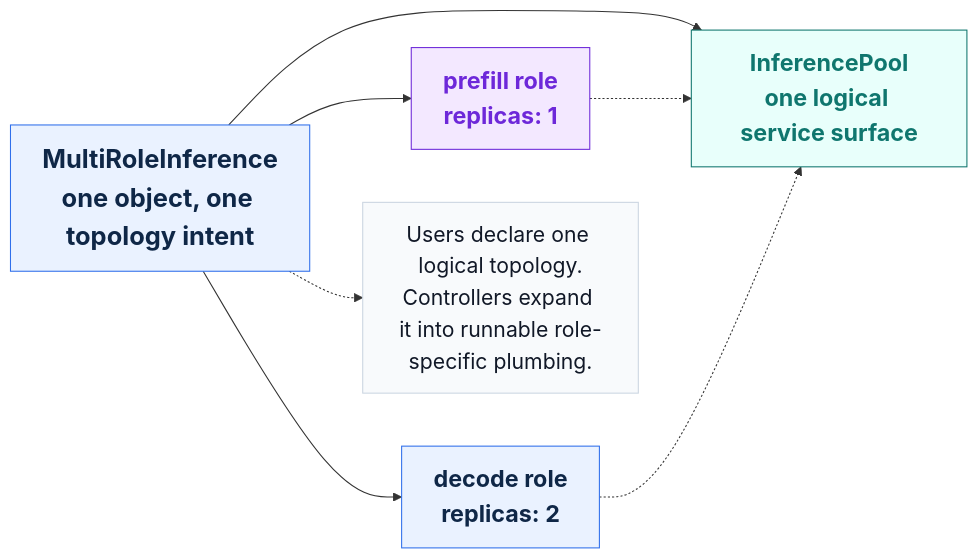
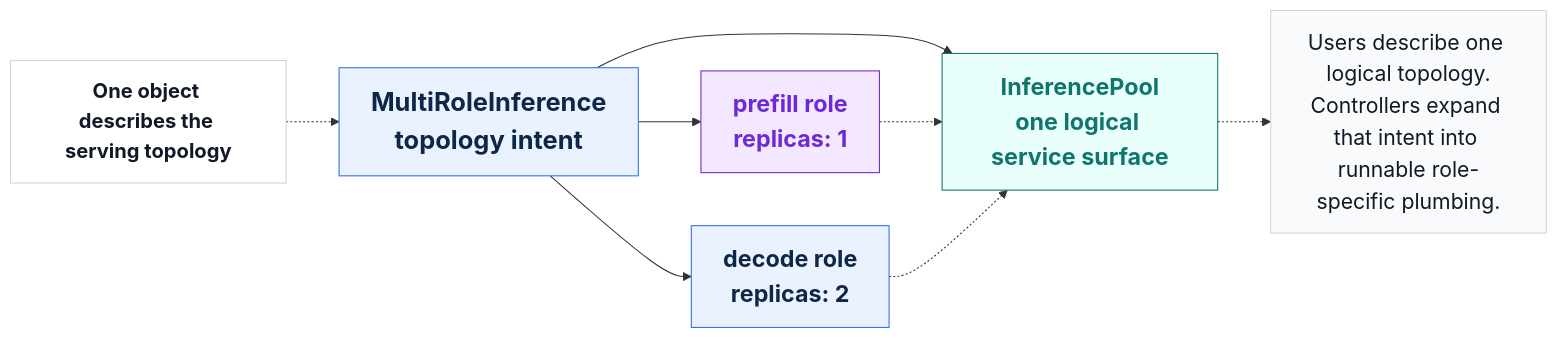
Before and after one commit to andyzhangx/demo: the diagram in llm/kaito-llm-d-pd-slides-assets/mermaid/slide-05-multiroleinference-topology.mmd, drawn with Mermaid. The commit also changed 10 other files, not shown here.

Commit message:
docs: refine presentation style for pd mermaid slides

```diff
--- a/llm/kaito-llm-d-pd-slides-assets/mermaid/slide-05-multiroleinference-topology.mmd
+++ b/llm/kaito-llm-d-pd-slides-assets/mermaid/slide-05-multiroleinference-topology.mmd
@@ -1,25 +1,29 @@
 flowchart LR
-%% pos MRI 120 250 430 170
-%% pos PREFILL 780 130 320 120
-%% pos DECODE 780 340 320 120
-%% pos POOL 1450 230 390 140
-%% pos NOTE 700 620 900 140
+%% pos BANNER 660 90 900 90
+%% pos MRI 130 320 460 170
+%% pos PREFILL 860 210 320 120
+%% pos DECODE 860 430 320 120
+%% pos POOL 1510 320 430 140
+%% pos NOTE 610 760 980 130
 
-MRI["MultiRoleInference<br/>one object, one topology intent"]:::primary
+BANNER["One object describes the serving topology"]:::tag
+MRI["MultiRoleInference<br/>topology intent"]:::primary
 PREFILL["prefill role<br/>replicas: 1"]:::prefill
 DECODE["decode role<br/>replicas: 2"]:::decode
 POOL["InferencePool<br/>one logical service surface"]:::teal
-NOTE["Users declare one logical topology.<br/>Controllers expand it into runnable role-specific plumbing."]:::note
+NOTE["Users describe one logical topology.<br/>Controllers expand that intent into runnable role-specific plumbing."]:::note
 
 MRI --> PREFILL
 MRI --> DECODE
 MRI --> POOL
 PREFILL -.-> POOL
 DECODE -.-> POOL
-MRI -.-> NOTE
+BANNER -.-> MRI
+POOL -.-> NOTE
 
 classDef primary fill:#EAF2FF,stroke:#2F6FEB,color:#0F2747,font-size:24px,font-weight:bold
 classDef prefill fill:#F3E8FF,stroke:#6D28D9,color:#6D28D9,font-size:22px,font-weight:bold
 classDef decode fill:#EAF2FF,stroke:#2F6FEB,color:#0F2747,font-size:22px,font-weight:bold
 classDef teal fill:#E8FFFB,stroke:#0F766E,color:#0F766E,font-size:22px,font-weight:bold
 classDef note fill:#F8FAFC,stroke:#CBD5E1,color:#111827,font-size:20px
+classDef tag fill:#FFFFFF,stroke:#CBD5E1,color:#111827,font-size:19px,font-weight:bold
```
